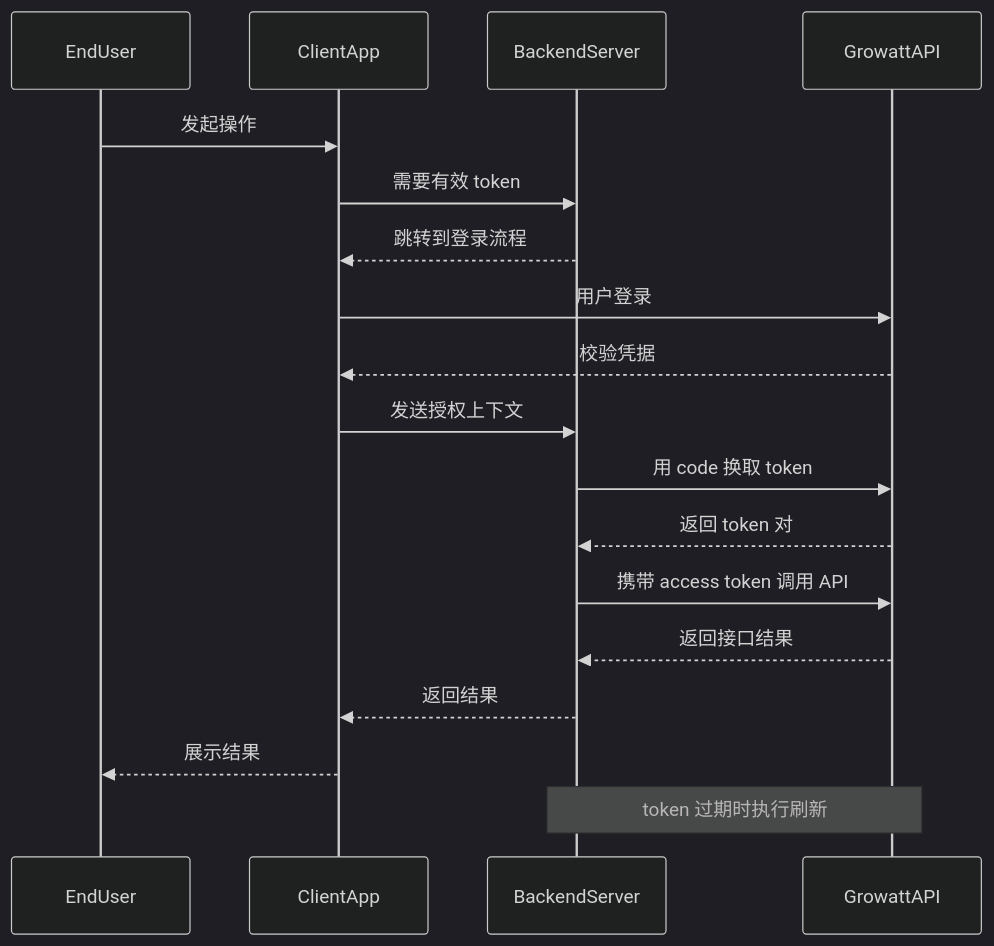
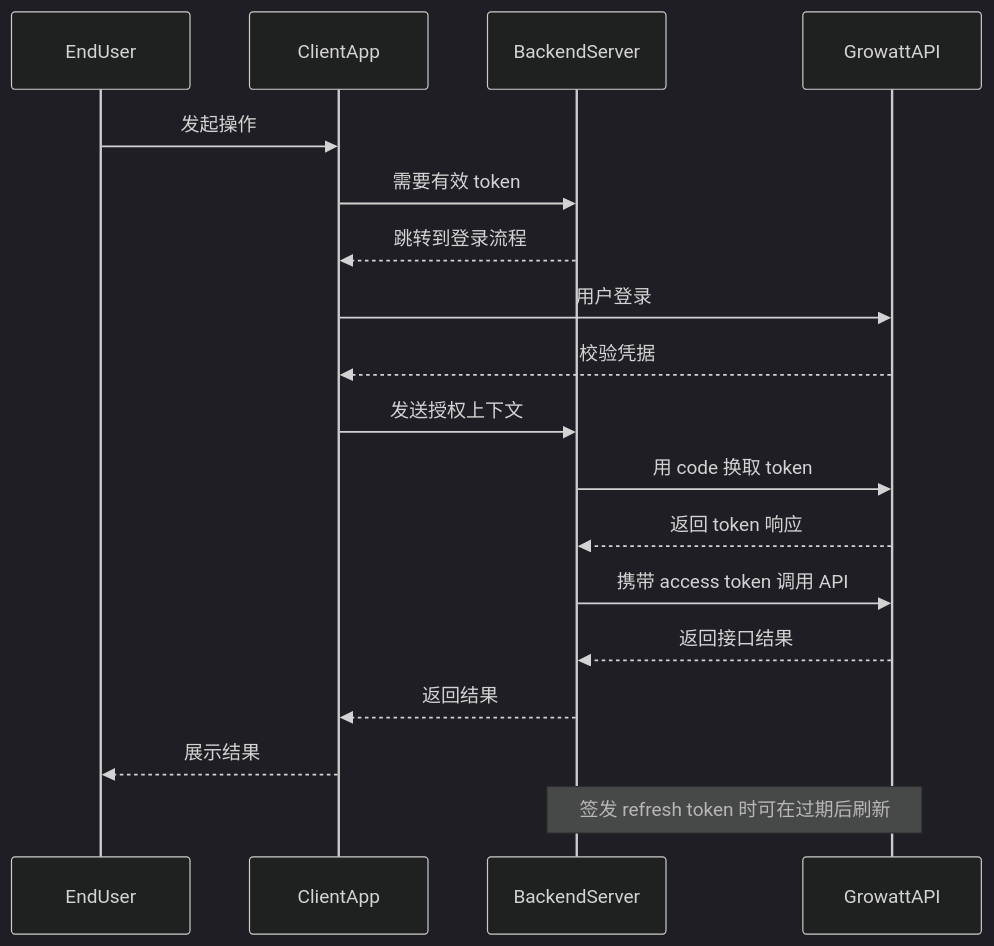
The second of 2 diagrams in Growatt API/OPENAPI.zh-CN/01_authentication.md (EugeneJian/growatt-unified-api), drawn with Mermaid (dark theme) before and after one commit. The commit also changed other lines of this file and 26 other files, not shown here.

````diff
--- a/Growatt API/OPENAPI.zh-CN/01_authentication.md
+++ b/Growatt API/OPENAPI.zh-CN/01_authentication.md
@@ -51,23 +51,23 @@
 ```mermaid
 %% 本代码严格遵循AI生成Mermaid代码的终极准则v4.1（Mermaid终极大师）
 sequenceDiagram
     participant User as EndUser
     participant App as ClientApp
     participant Server as BackendServer
     participant Growatt as GrowattAPI
 
     User->>App: 发起操作
     App->>Server: 需要有效 token
     Server-->>App: 跳转到登录流程
     App->>Growatt: 用户登录
     Growatt-->>App: 校验凭据
     App->>Server: 发送授权上下文
     Server->>Growatt: 用 code 换取 token
-    Growatt-->>Server: 返回 token 对
+    Growatt-->>Server: 返回 token 响应
     Server->>Growatt: 携带 access token 调用 API
     Growatt-->>Server: 返回接口结果
     Server-->>App: 返回结果
     App-->>User: 展示结果
 
-    Note over Server,Growatt: token 过期时执行刷新
+    Note over Server,Growatt: 签发 refresh token 时可在过期后刷新
 ```
````
